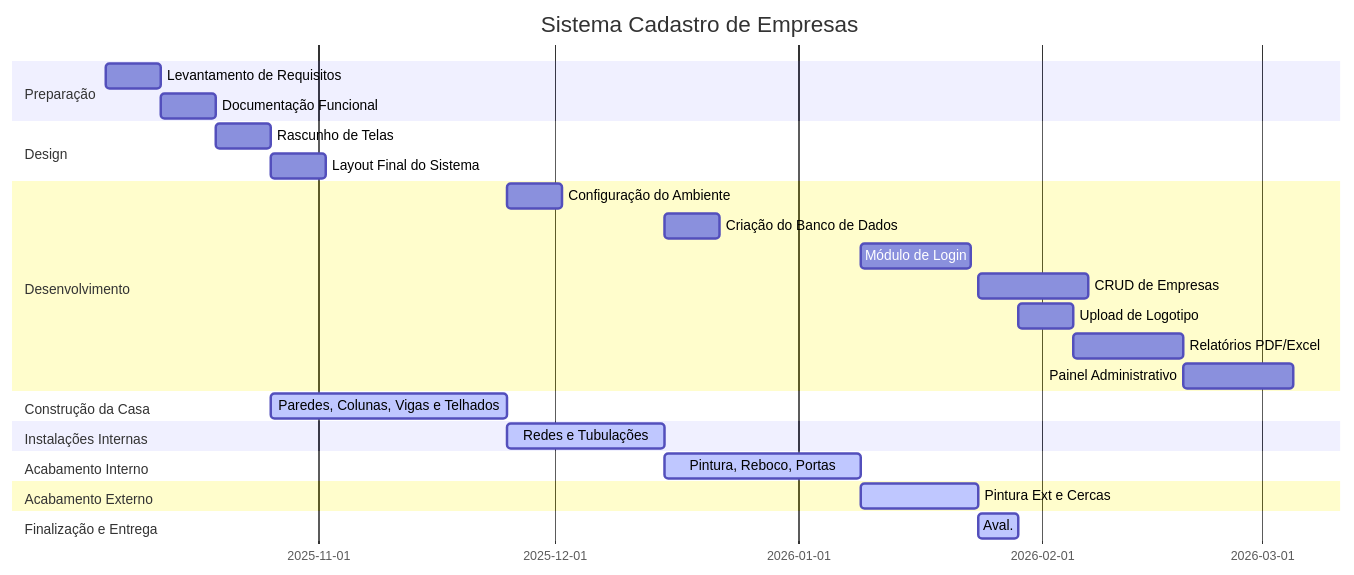
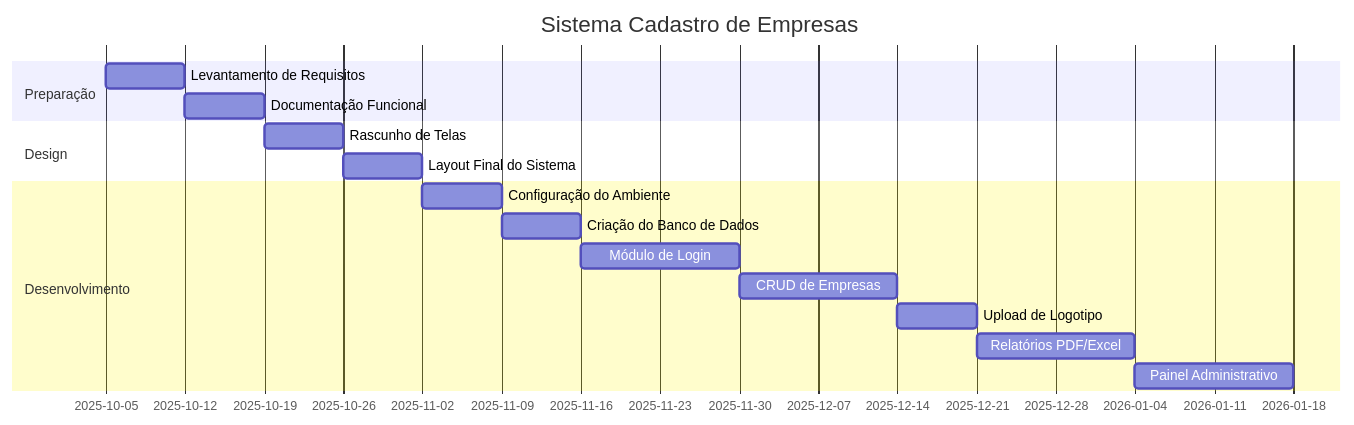
Before and after one commit to LucasBParada/modelos-gantt-crystal: the diagram in README.md, drawn with Mermaid.

````diff
--- a/README.md
+++ b/README.md
@@ -1,37 +1,22 @@
 ```mermaid
 gantt
     title Sistema Cadastro de Empresas
     dateFormat YYYY-MM-DD
 
- section Preparação
+section Preparação
     Levantamento de Requisitos          :a1, 2025-10-05, 7d
     Documentação Funcional              :a2, after a1, 7d
 
-    section Design
+section Design
     Rascunho de Telas                   :a3, after a2, 7d
     Layout Final do Sistema             :a4, after a3, 7d
 
     section Desenvolvimento
     Configuração do Ambiente            :a5, after a4, 7d
     Criação do Banco de Dados           :a6, after a5, 7d
     Módulo de Login                     :a7, after a6, 14d
     CRUD de Empresas                    :a8, after a7, 14d
     Upload de Logotipo                  :a9, after a8, 7d
     Relatórios PDF/Excel               :a10, after a9, 14d
     Painel Administrativo              :a11, after a10, 14d
-
-    section Construção da Casa
-    Paredes, Colunas, Vigas e Telhados :active, a4, after a3, 30d
-
-    section Instalações Internas
-    Redes e Tubulações :active, a5, after a4, 20d
-
-    section Acabamento Interno
-    Pintura, Reboco, Portas :active, a6, after a5, 25d
-
-    section Acabamento Externo
-    Pintura Ext e Cercas :active, a7, after a6, 15d
-
-    section Finalização e Entrega
-    Aval. :active, a8, after a7, 5d
 ```
````
